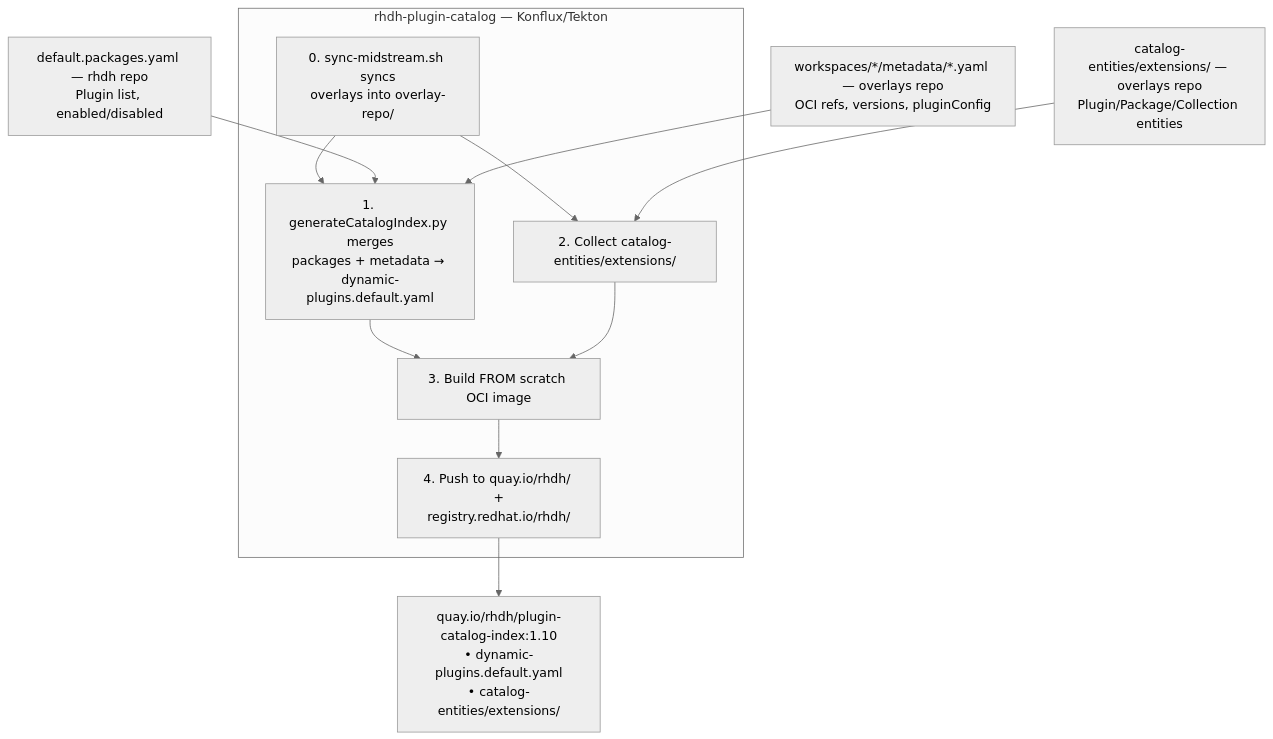
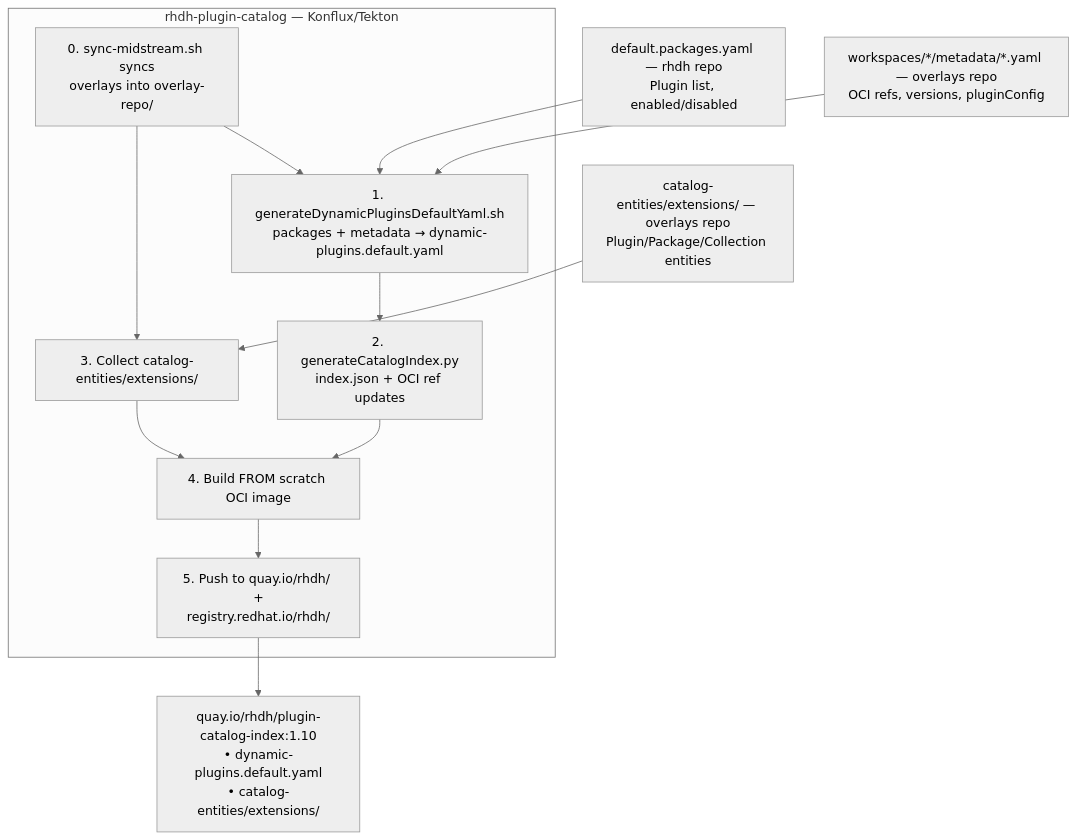
One commit to redhat-developer/rhdh changed the third of 5 diagrams in docs/architecture/catalog-index-build.md. Above: the diagram before and after it, drawn with Mermaid (neutral theme). The commit also changed other lines of this file and 1 other file, not shown here.

````diff
--- a/docs/architecture/catalog-index-build.md
+++ b/docs/architecture/catalog-index-build.md
@@ -219,26 +222,28 @@
 ```mermaid
 flowchart TB
     i1["default.packages.yaml — rhdh repo<br>Plugin list, enabled/disabled"]
     i2["workspaces/*/metadata/*.yaml — overlays repo<br>OCI refs, versions, pluginConfig"]
     i3["catalog-entities/extensions/ — overlays repo<br>Plugin/Package/Collection entities"]
 
     subgraph assembly["rhdh-plugin-catalog — Konflux/Tekton"]
         a0["0. sync-midstream.sh syncs<br>overlays into overlay-repo/"]
-        a1["1. generateCatalogIndex.py merges<br>packages + metadata → dynamic-plugins.default.yaml"]
-        a2["2. Collect catalog-entities/extensions/"]
-        a3["3. Build FROM scratch OCI image"]
-        a4["4. Push to quay.io/rhdh/ +<br>registry.redhat.io/rhdh/"]
+        a1["1. generateDynamicPluginsDefaultYaml.sh<br>packages + metadata → dynamic-plugins.default.yaml"]
+        a1b["2. generateCatalogIndex.py<br>index.json + OCI ref updates"]
+        a2["3. Collect catalog-entities/extensions/"]
+        a3["4. Build FROM scratch OCI image"]
+        a4["5. Push to quay.io/rhdh/ +<br>registry.redhat.io/rhdh/"]
         a0 --> a1
+        a1 --> a1b
         a0 --> a2
-        a1 --> a3
+        a1b --> a3
         a2 --> a3
         a3 --> a4
     end
 
     output["quay.io/rhdh/plugin-catalog-index:1.10<br>• dynamic-plugins.default.yaml<br>• catalog-entities/extensions/"]
 
     i1 --> a1
     i2 --> a1
     i3 --> a2
     a4 --> output
 ```
````
